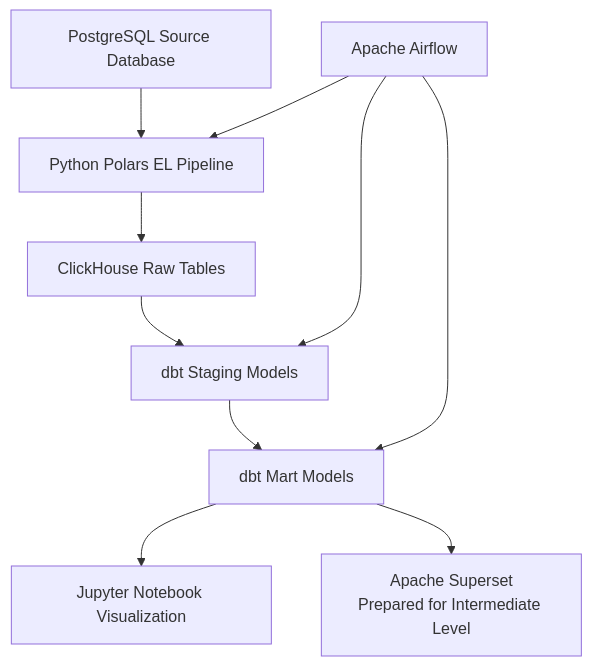
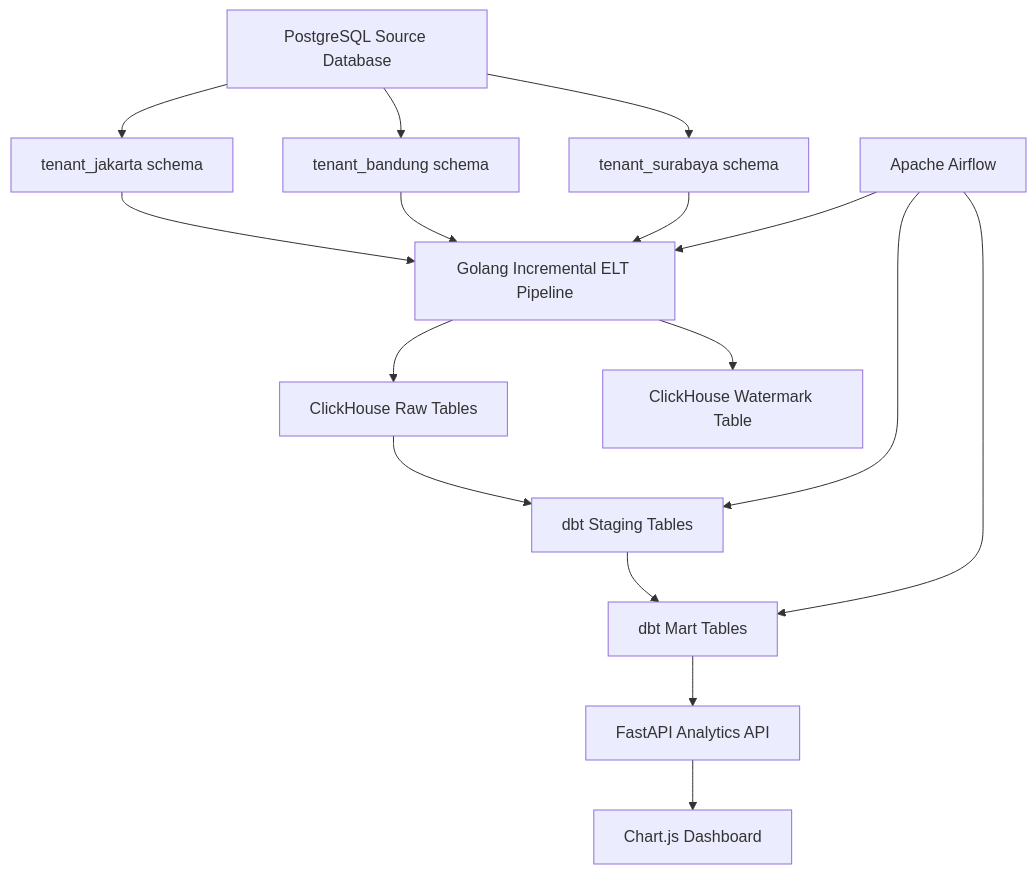
One commit to Frosthound23/minimarket-cashier-data-pipeline changed the diagram in README.md. Above: the diagram before and after it, drawn with Mermaid. The commit also changed other lines of this file, not shown here.

Commit message:
update readme for intermediate-level

````diff
--- a/README.md
+++ b/README.md
@@ -27,13 +50,23 @@
 ```mermaid
 flowchart TD
-    A[PostgreSQL Source Database] --> B[Python Polars EL Pipeline]
+    A[PostgreSQL Source Database] --> A1[tenant_jakarta schema]
+    A --> A2[tenant_bandung schema]
+    A --> A3[tenant_surabaya schema]
+
+    A1 --> B[Golang Incremental ELT Pipeline]
+    A2 --> B
+    A3 --> B
+
     B --> C[ClickHouse Raw Tables]
-    C --> D[dbt Staging Models]
-    D --> E[dbt Mart Models]
-    E --> F[Jupyter Notebook Visualization]
-    E --> G["Apache Superset<br/>Prepared for Intermediate Level"]
+    B --> W[ClickHouse Watermark Table]
+
+    C --> D[dbt Staging Tables]
+    D --> E[dbt Mart Tables]
+
+    E --> F[FastAPI Analytics API]
+    F --> G[Chart.js Dashboard]
 
     H[Apache Airflow] --> B
     H --> D
     H --> E
 ```
````
